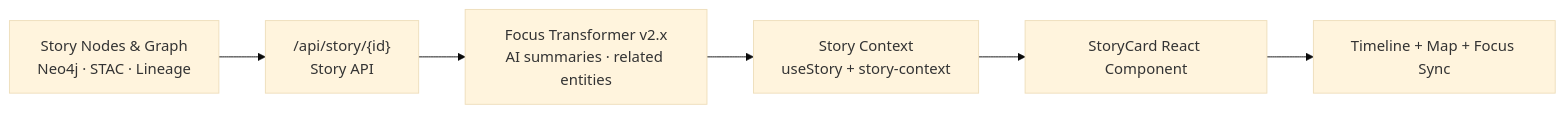
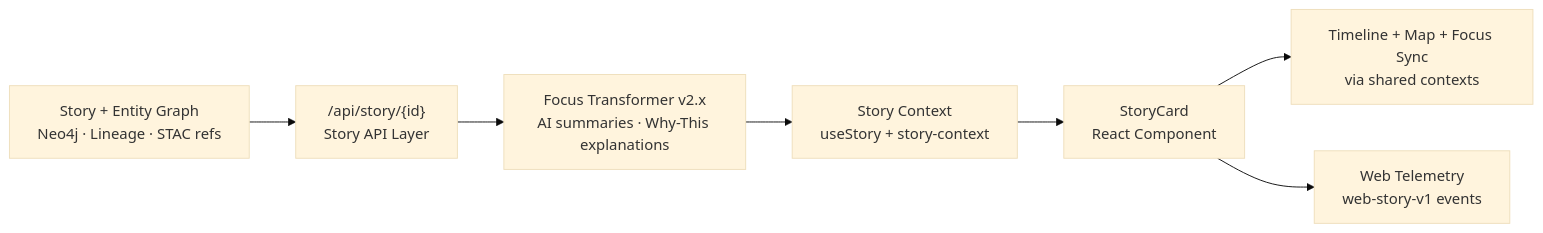
Before and after one commit to bartytime4life/Kansas-Frontier-Matrix: the diagram in web/src/features/story/README.md, drawn with Mermaid (base theme). The commit also changed other lines of this file, not shown here.

```diff
--- a/web/src/features/story/README.md
+++ b/web/src/features/story/README.md
@@ -144,9 +139,10 @@
 ~~~~~mermaid
 flowchart LR
-  NEO["Story Nodes & Graph<br/>Neo4j · STAC · Lineage"]
-    --> API["/api/story/{id}<br/>Story API"]
-  API --> FOCUS["Focus Transformer v2.x<br/>AI summaries · related entities"]
+  NEO["Story + Entity Graph<br/>Neo4j · Lineage · STAC refs"]
+    --> API["/api/story/{id}<br/>Story API Layer"]
+  API --> FOCUS["Focus Transformer v2.x<br/>AI summaries · Why-This explanations"]
   FOCUS --> CTX["Story Context<br/>useStory + story-context"]
-  CTX --> CARD["StoryCard React Component"]
-  CARD --> SYNC["Timeline + Map + Focus Sync"]
+  CTX --> CARD["StoryCard<br/>React Component"]
+  CARD --> SYNC["Timeline + Map + Focus Sync<br/>via shared contexts"]
+  CARD --> TELE["Web Telemetry<br/>web-story-v1 events"]
 ~~~~~
```
